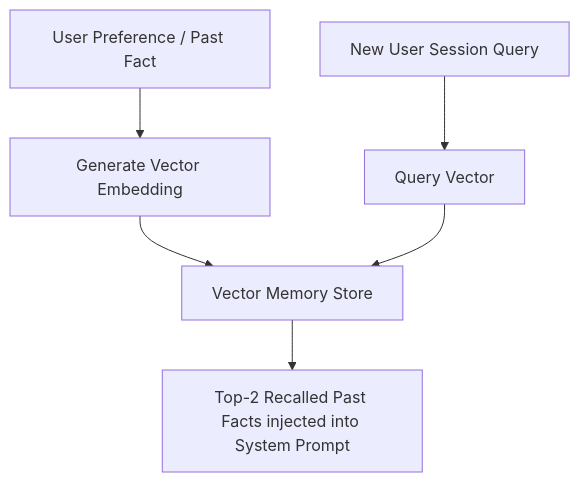
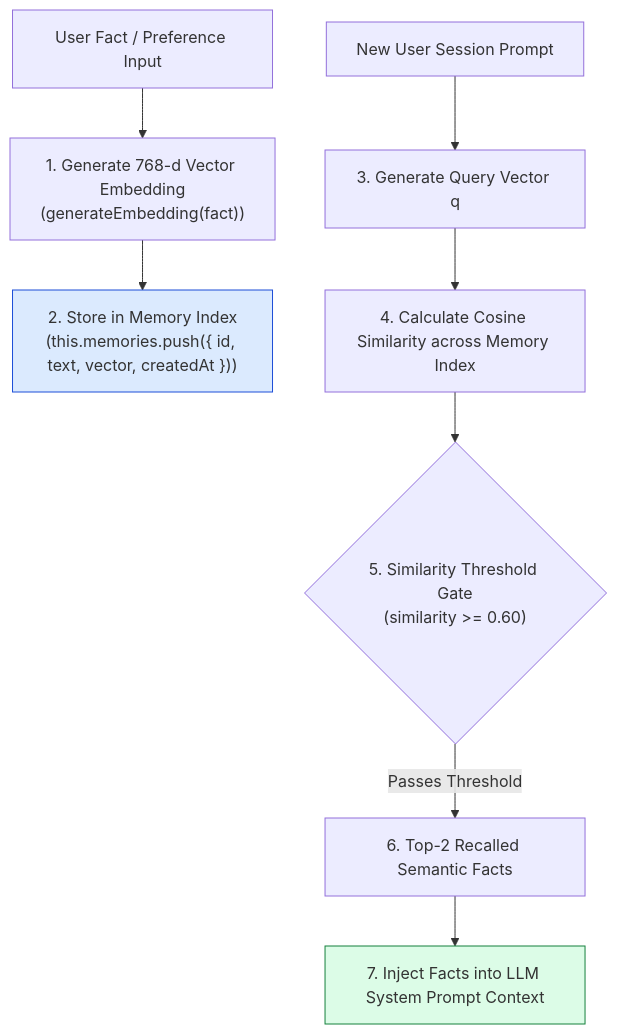
The first of 3 diagrams in agentic-ai-notes/04-jugaad-agent/09-vector-long-term-memory.md (Amie-dev/engineering-playbook), drawn with Mermaid before and after one commit. The commit also changed other lines of this file and 13 other files, not shown here.

````diff
--- a/agentic-ai-notes/04-jugaad-agent/09-vector-long-term-memory.md
+++ b/agentic-ai-notes/04-jugaad-agent/09-vector-long-term-memory.md
@@ -10,9 +13,19 @@
 ```mermaid
 flowchart TD
-    Fact[User Preference / Past Fact] --> Vectorize[Generate Vector Embedding]
-    Vectorize --> MemoryStore[Vector Memory Store]
-    
-    CurrentTurn[New User Session Query] --> QueryVec[Query Vector]
-    QueryVec --> MemoryStore
-    MemoryStore --> RecalledFacts[Top-2 Recalled Past Facts injected into System Prompt]
+    UserFact[User Fact / Preference Input] --> EmbedFact["1. Generate 768-d Vector Embedding<br/>(generateEmbedding(fact))"]
+
+    EmbedFact --> VectorMemStore["2. Store in Memory Index<br/>(this.memories.push({ id, text, vector, createdAt }))"]
+
+    NewUserSession[New User Session Prompt] --> EmbedQuery["3. Generate Query Vector q"]
+
+    EmbedQuery --> CosineMatch["4. Calculate Cosine Similarity across Memory Index"]
+
+    CosineMatch --> ThresholdGate{"5. Similarity Threshold Gate<br/>(similarity >= 0.60)"}
+
+    ThresholdGate -- Passes Threshold --> RecalledFacts["6. Top-2 Recalled Semantic Facts"]
+
+    RecalledFacts --> SystemPromptInject["7. Inject Facts into LLM System Prompt Context"]
+
+    style VectorMemStore fill:#dbeafe,stroke:#1d4ed8
+    style SystemPromptInject fill:#dcfce7,stroke:#15803d
 ```
````
